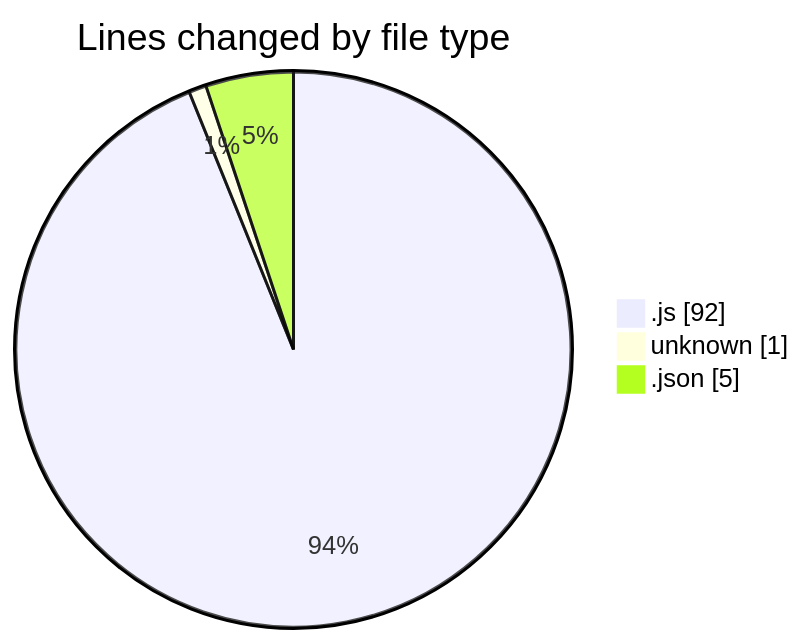
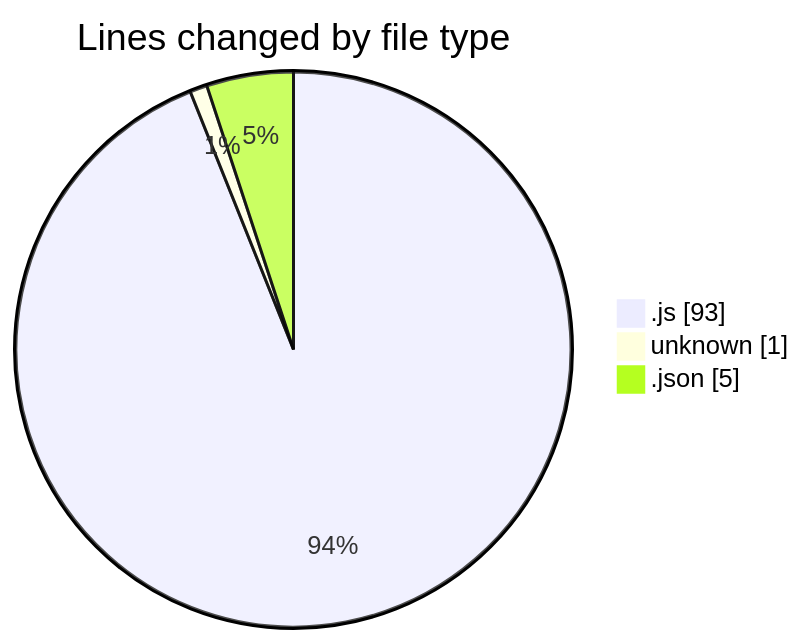
Before and after one commit to BS-eng2023/code-tracking: the first of 2 diagrams in 2025-03-27/vms-backend/README.md, drawn with Mermaid. The commit also changed other lines of this file and 1 other file, not shown here.

````diff
--- a/2025-03-27/vms-backend/README.md
+++ b/2025-03-27/vms-backend/README.md
@@ -25,7 +25,7 @@
 ```mermaid
 pie showData
 title Lines changed by file type
-".js" : 92
+".js" : 93
 "unknown" : 1
 ".json" : 5
 ```
````
